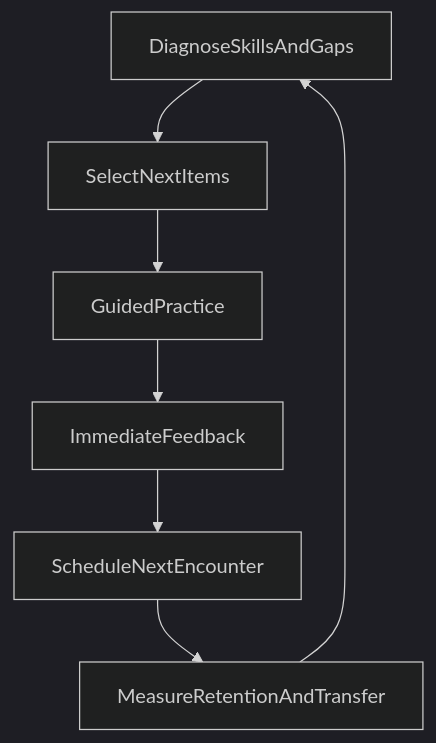
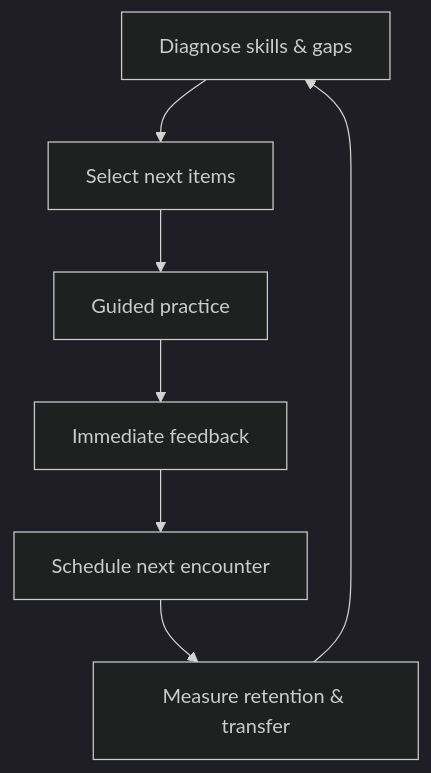
Before and after one commit to jarodmeng/daydreamedu-scripts: the diagram in chinese_chr_app/chinese_chr_app/Learning Functions Research & Brainstorming.md, drawn with Mermaid (dark theme). The commit also changed other lines of this file and 2 other files, not shown here.

````diff
--- a/chinese_chr_app/chinese_chr_app/Learning Functions Research & Brainstorming.md
+++ b/chinese_chr_app/chinese_chr_app/Learning Functions Research & Brainstorming.md
@@ -46,9 +46,9 @@
 ```mermaid
-flowchart TD
-  Diagnose[DiagnoseSkillsAndGaps] --> Select[SelectNextItems]
-  Select --> Practice[GuidedPractice]
-  Practice --> Feedback[ImmediateFeedback]
-  Feedback --> Schedule[ScheduleNextEncounter]
-  Schedule --> Measure[MeasureRetentionAndTransfer]
-  Measure --> Diagnose
+graph TD
+Diagnose["Diagnose skills & gaps"] --> Select["Select next items"]
+Select --> Practice["Guided practice"]
+Practice --> Feedback["Immediate feedback"]
+Feedback --> Schedule["Schedule next encounter"]
+Schedule --> Measure["Measure retention & transfer"]
+Measure --> Diagnose
 ```
````
